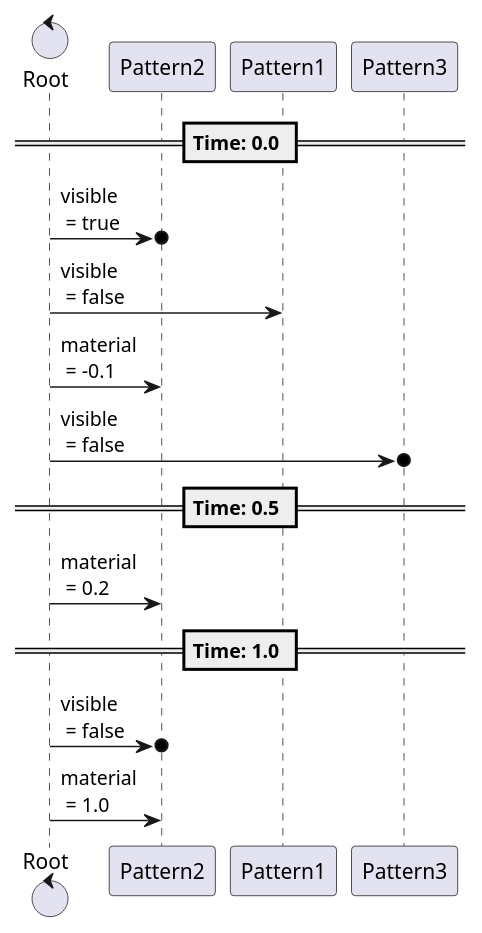
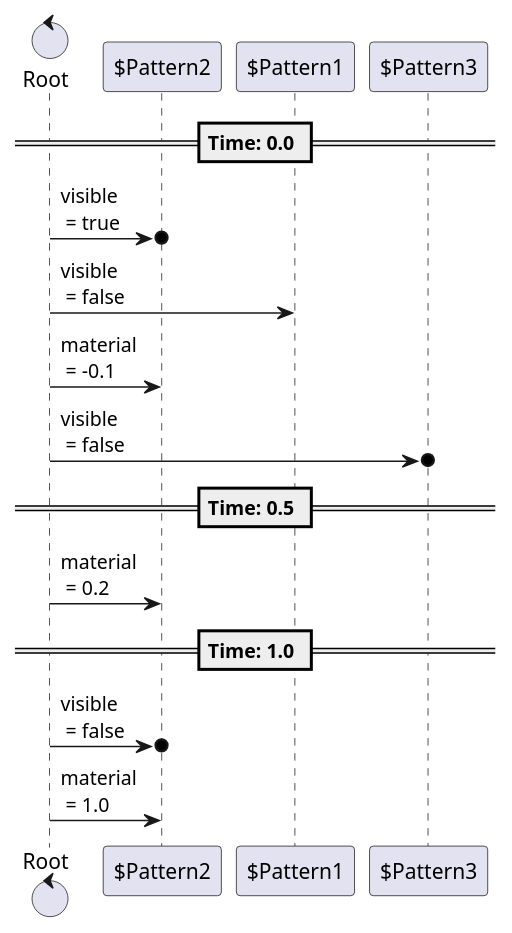
One commit to tkmfujise/Platformer-Game-Learning changed the fourth of 5 diagrams in content/scenes/src/curtain/opening/opening.tscn.adoc. Above: the diagram before and after it, drawn with PlantUML. The commit also changed other lines of this file and 31 other files, not shown here.

Commit message:
Add prefix $ to node name in animation sequences

```diff
--- a/content/scenes/src/curtain/opening/opening.tscn.adoc
+++ b/content/scenes/src/curtain/opening/opening.tscn.adoc
@@ -119,22 +119,22 @@
 [plantuml]
 ....
-control "Root" as Root
-participant "Pattern2" as T0
-participant "Pattern1" as T1
-participant "Pattern3" as T3
+control "Root" as R
+participant "$Pattern2" as T0
+participant "$Pattern1" as T1
+participant "$Pattern3" as T3
 
 
 
 == Time: 0.0 ==
-Root  ->o  T0 : visible\n = true
-Root  ->  T1 : visible\n = false
-Root  ->  T0 : material\n = -0.1
-Root  ->o  T3 : visible\n = false
+R  ->o  T0 : visible\n = true
+R  ->  T1 : visible\n = false
+R  ->  T0 : material\n = -0.1
+R  ->o  T3 : visible\n = false
 == Time: 0.5 ==
-Root  ->  T0 : material\n = 0.2
+R  ->  T0 : material\n = 0.2
 == Time: 1.0 ==
-Root  ->o  T0 : visible\n = false
-Root  ->  T0 : material\n = 1.0
+R  ->o  T0 : visible\n = false
+R  ->  T0 : material\n = 1.0
 
 
 ....
```
